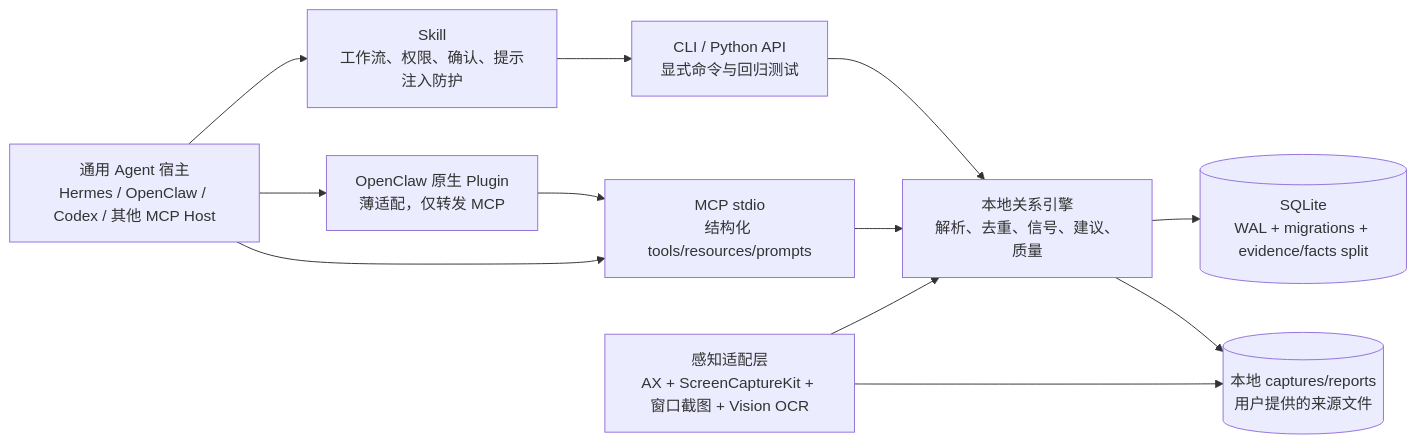
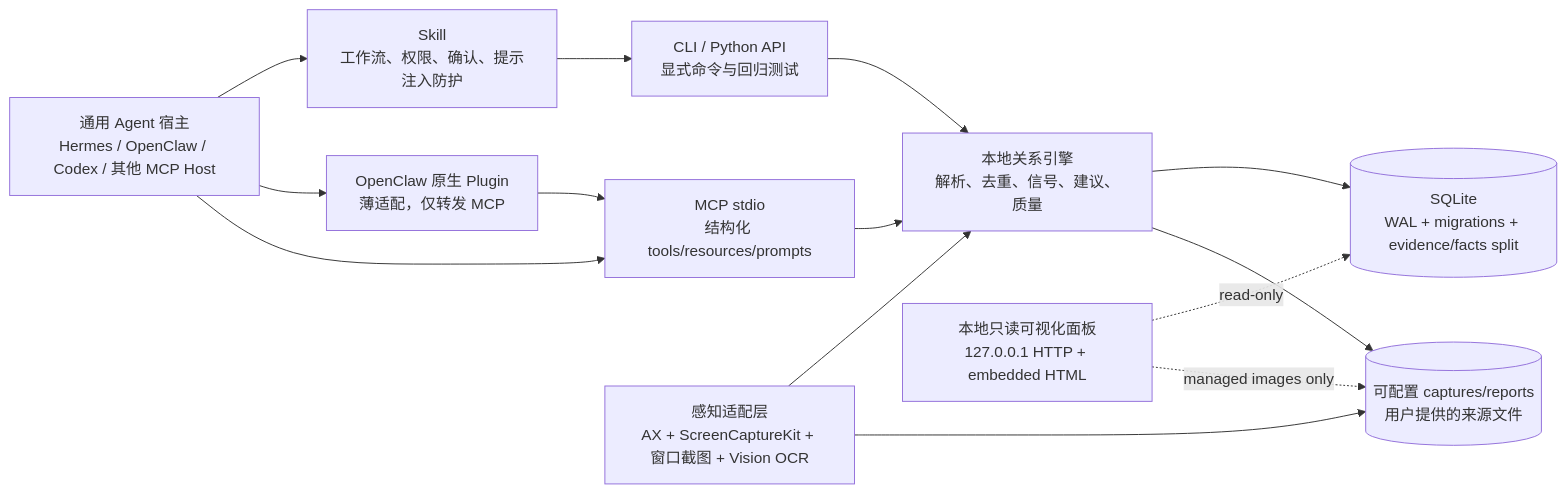
One commit to harrylabsj/wechat-social-assistant changed the first of 2 diagrams in docs/architecture.md. Above: the diagram before and after it, drawn with Mermaid. The commit also changed other lines of this file and 39 other files, not shown here.

````diff
--- a/docs/architecture.md
+++ b/docs/architecture.md
@@ -17,24 +17,27 @@
 ```mermaid
 flowchart LR
     Host[通用 Agent 宿主\nHermes / OpenClaw / Codex / 其他 MCP Host]
     Skill[Skill\n工作流、权限、确认、提示注入防护]
     Plugin[OpenClaw 原生 Plugin\n薄适配，仅转发 MCP]
     MCP[MCP stdio\n结构化 tools/resources/prompts]
     CLI[CLI / Python API\n显式命令与回归测试]
     Capture[感知适配层\nAX + ScreenCaptureKit + 窗口截图 + Vision OCR]
     Core[本地关系引擎\n解析、去重、信号、建议、质量]
     Store[(SQLite\nWAL + migrations + evidence/facts split)]
-    Files[(本地 captures/reports\n用户提供的来源文件)]
+    Files[(可配置 captures/reports\n用户提供的来源文件)]
+    UI[本地只读可视化面板\n127.0.0.1 HTTP + embedded HTML]
 
     Host --> Skill
     Host --> Plugin
     Host --> MCP
     Skill --> CLI
     Plugin --> MCP
     MCP --> Core
     CLI --> Core
     Capture --> Core
     Core --> Store
     Capture --> Files
     Core --> Files
+    UI -. read-only .-> Store
+    UI -. managed images only .-> Files
 ```
````
